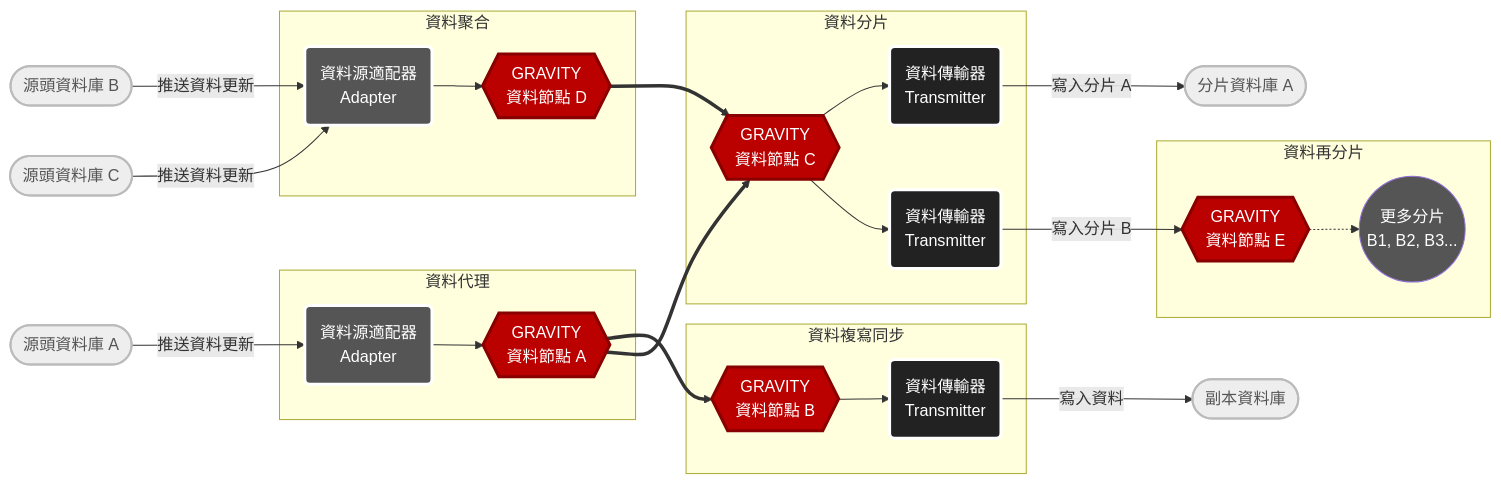
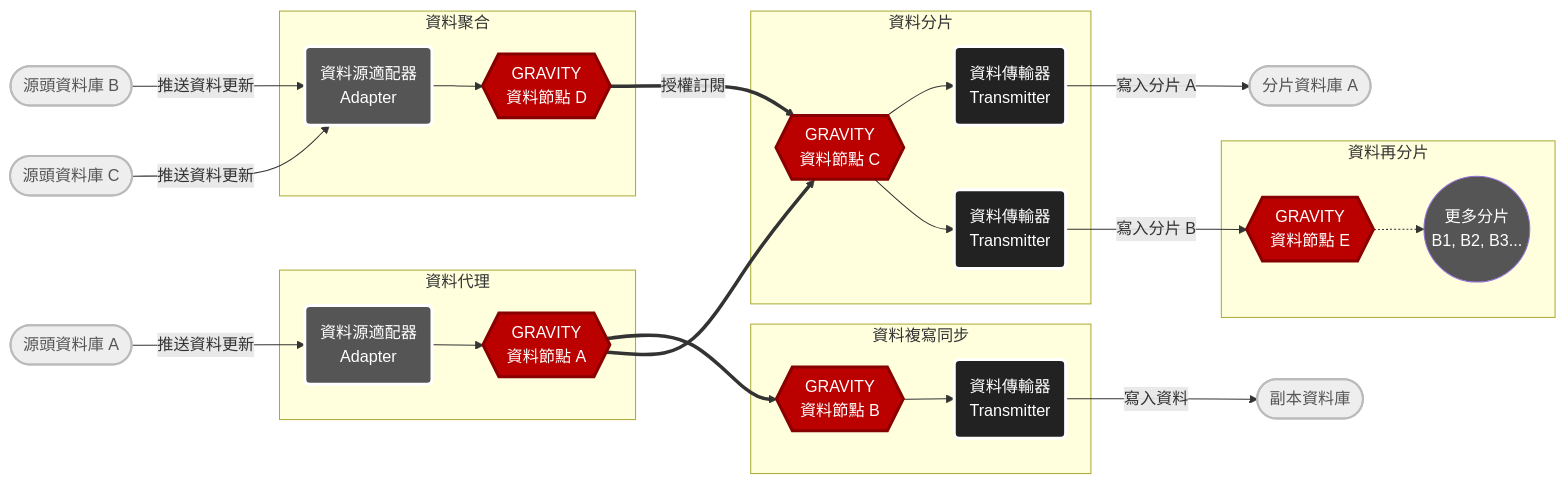
One commit to BrobridgeOrg/gravity-website changed the second of 2 diagrams in content/getting-started/datanode-link.zh-tw.md. Above: the diagram before and after it, drawn with Mermaid.

Commit message:
update data node link page

```diff
--- a/content/getting-started/datanode-link.zh-tw.md
+++ b/content/getting-started/datanode-link.zh-tw.md
@@ -43,51 +43,51 @@
 {{< mermaid class="text-center">}}
 flowchart LR
 	sourceA([源頭資料庫 A]) --> |推送資料更新| adapterA(資料源適配器\nAdapter)
 
 	subgraph 資料代理
 	adapterA(資料源適配器\nAdapter) --> gravityA{{GRAVITY\n資料節點 A}}
 	end
 
 	sourceB([源頭資料庫 B]) --> |推送資料更新| adapterB(資料源適配器\nAdapter)
 	sourceC([源頭資料庫 C]) --> |推送資料更新| adapterB(資料源適配器\nAdapter)
 
 	subgraph 資料聚合
 	adapterB(資料源適配器\nAdapter) --> gravityD{{GRAVITY\n資料節點 D}}
 	end
 
 	gravityA{{GRAVITY\n資料節點 A}} ==> gravityB{{GRAVITY\n資料節點 B}}
 	gravityA{{GRAVITY\n資料節點 A}} ==> gravityC{{GRAVITY\n資料節點 C}}
-	gravityD{{GRAVITY\n資料節點 D}} ==> gravityC{{GRAVITY\n資料節點 C}}
+	gravityD{{GRAVITY\n資料節點 D}} == 授權訂閱 ==> gravityC{{GRAVITY\n資料節點 C}}
 
 	subgraph 資料複寫同步
 	gravityB{{GRAVITY\n資料節點 B}} --> transmitterA(資料傳輸器\nTransmitter)
 	end
 
 	subgraph 資料分片
 	gravityC{{GRAVITY\n資料節點 C}} --> transmitterB(資料傳輸器\nTransmitter)
 	gravityC{{GRAVITY\n資料節點 C}} --> transmitterC(資料傳輸器\nTransmitter)
 	end
 
 	transmitterA(資料傳輸器\nTransmitter) --> |寫入資料| targetA([副本資料庫])
 	transmitterB(資料傳輸器\nTransmitter) --> |寫入分片 A| targetB([分片資料庫 A])
 	transmitterC(資料傳輸器\nTransmitter) --> |寫入分片 B| gravityE{{GRAVITY\n資料節點 E}}
 
 	subgraph 資料再分片
 	gravityE{{GRAVITY\n資料節點 E}} -.-> more((更多分片\nB1, B2, B3...))
 	end
 
 	class gravityA,gravityB,gravityC,gravityD,gravityE gravity;
 	classDef gravity fill:#b00,color:#fff,stroke:#800,stroke-width:3px;
 
 	class adapterA,adapterB adapter;
 	classDef adapter fill:#555,color:#fff,stroke:#fff,stroke-width:3px;
 
 	class transmitterA,transmitterB,transmitterC transmitter;
 	classDef transmitter fill:#222,color:#fff,stroke:#fff,stroke-width:3px;
 
 	class sourceA,sourceB,sourceC,targetA,targetB,targetC database;
 	classDef database fill:#eee,color:#555,stroke:#bbb,stroke-width:2px;
 
 	class more others;
 	classDef others fill:#555,color:#fff;
 {{< /mermaid >}}
```
